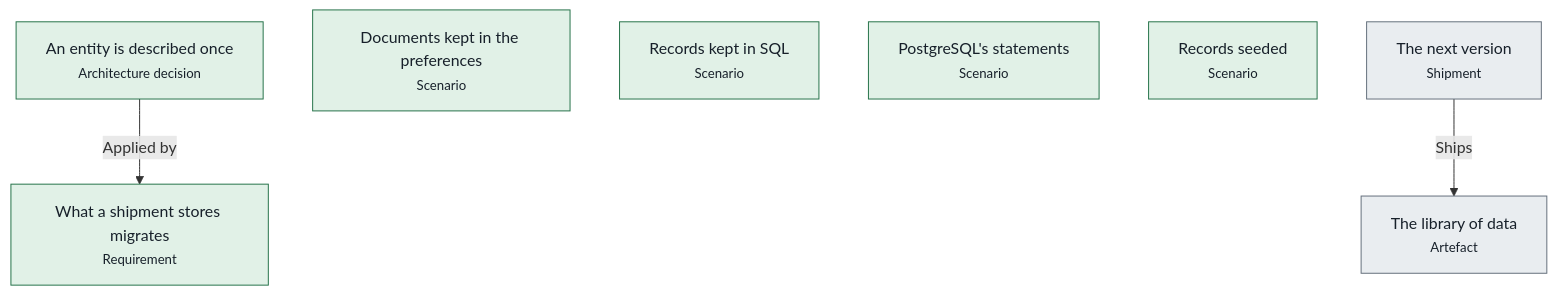
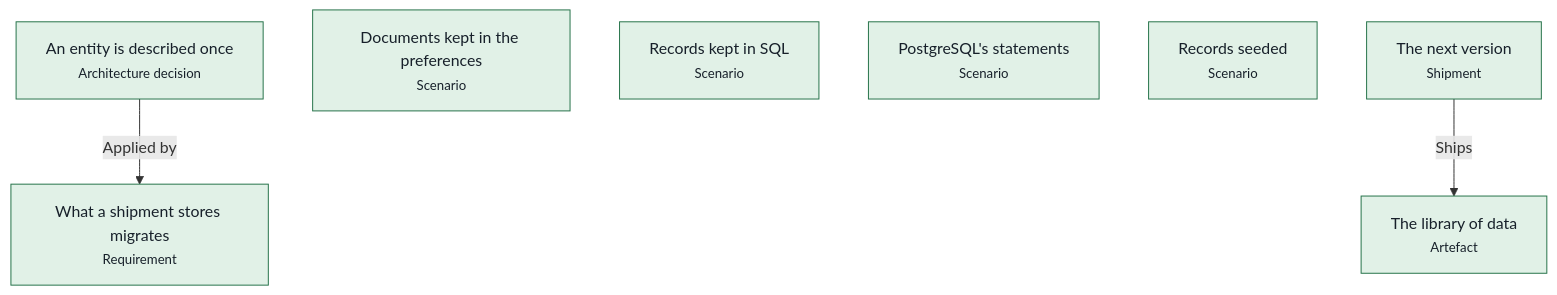
The diagram in libs/data/docs/pipelines.md (advancedcognitivesystems-ai/trame), drawn with Mermaid before and after one commit. The commit also changed other lines of this file and 355 other files, not shown here.

````diff
--- a/libs/data/docs/pipelines.md
+++ b/libs/data/docs/pipelines.md
@@ -13,18 +13,18 @@
 ```mermaid
 flowchart TB
-  n0["The library of data<br/><small>Artefact</small>"]:::unknown
+  n0["The library of data<br/><small>Artefact</small>"]:::held
   n1["An entity is described once<br/><small>Architecture decision</small>"]:::held
   n2["Documents kept in the preferences<br/><small>Scenario</small>"]:::held
   n3["Records kept in SQL<br/><small>Scenario</small>"]:::held
   n4["PostgreSQL's statements<br/><small>Scenario</small>"]:::held
   n5["Records seeded<br/><small>Scenario</small>"]:::held
   n6["What a shipment stores migrates<br/><small>Requirement</small>"]:::held
-  n7["The next version<br/><small>Shipment</small>"]:::unknown
+  n7["The next version<br/><small>Shipment</small>"]:::held
   n1 -->|Applied by| n6
   n7 -->|Ships| n0
   classDef held fill:#e1f1e7,stroke:#26734a,color:#17202a
   classDef blocked fill:#fbf0d9,stroke:#9a6200,color:#17202a
   classDef violated fill:#f9e3e1,stroke:#ad2a22,color:#17202a
   classDef unknown fill:#e9edf0,stroke:#65707c,color:#17202a
   classDef neutral fill:#ffffff,stroke:#5a6672,color:#17202a
 ```
````
